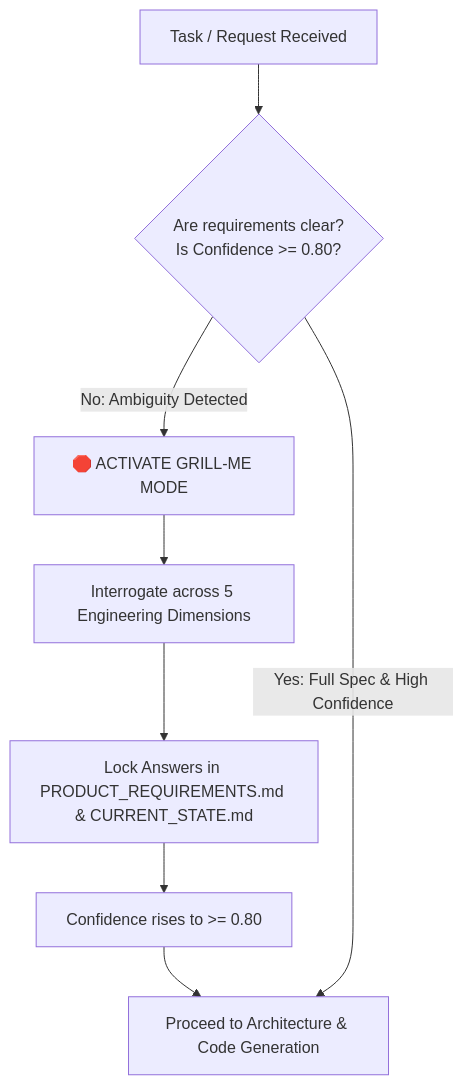
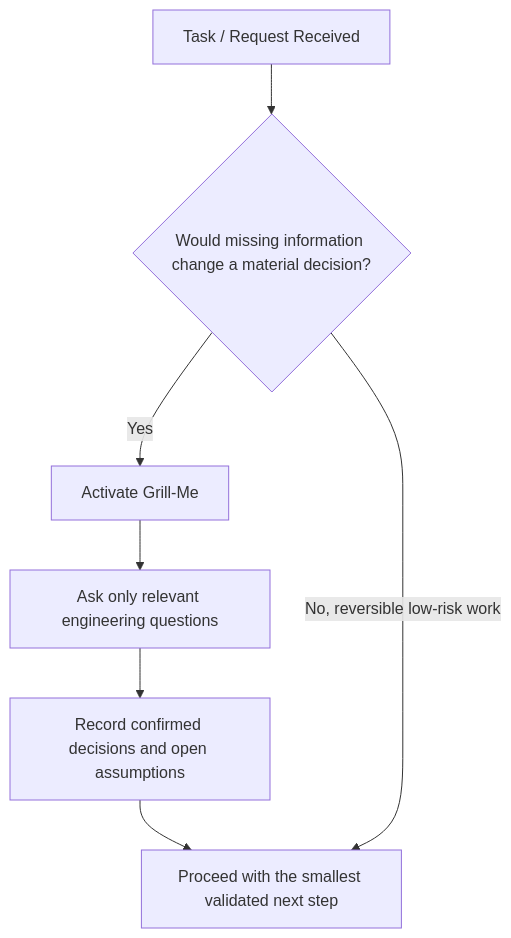
Before and after one commit to laith-alskaf/awesome-flutter-ai-skills: the diagram in skills/workflows-devops/flutter-grill-me/SKILL.md, drawn with Mermaid. The commit also changed other lines of this file and 59 other files, not shown here.

````diff
--- a/skills/workflows-devops/flutter-grill-me/SKILL.md
+++ b/skills/workflows-devops/flutter-grill-me/SKILL.md
@@ -32,10 +31,9 @@
 ```mermaid
 graph TD
-    A[Task / Request Received] --> B{Are requirements clear?<br>Is Confidence >= 0.80?}
-    B -->|No: Ambiguity Detected| C[🛑 ACTIVATE GRILL-ME MODE]
-    C --> D[Interrogate across 5 Engineering Dimensions]
-    D --> E[Lock Answers in PRODUCT_REQUIREMENTS.md & CURRENT_STATE.md]
-    E --> F[Confidence rises to >= 0.80]
-    F --> G[Proceed to Architecture & Code Generation]
-    B -->|Yes: Full Spec & High Confidence| G
+    A[Task / Request Received] --> B{Would missing information change a material decision?}
+    B -->|Yes| C[Activate Grill-Me]
+    C --> D[Ask only relevant engineering questions]
+    D --> E[Record confirmed decisions and open assumptions]
+    E --> F[Proceed with the smallest validated next step]
+    B -->|No, reversible low-risk work| F
 ```
````
